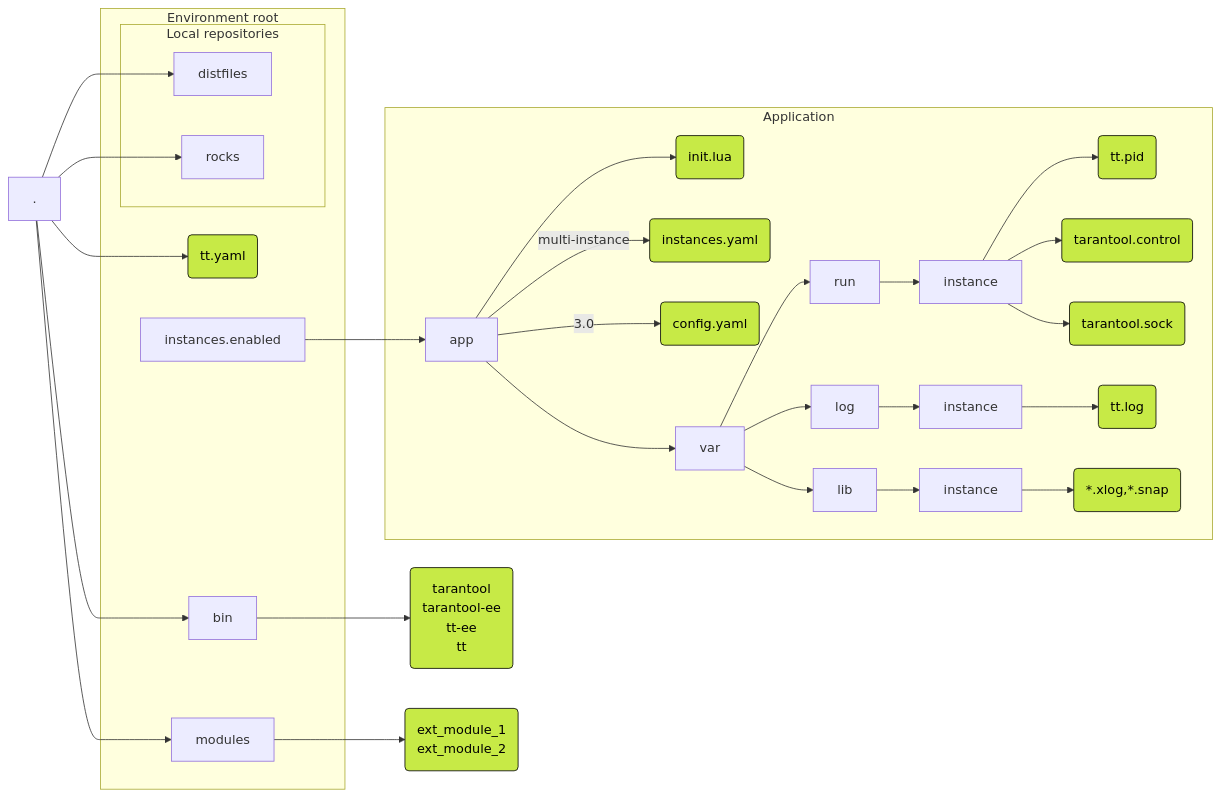
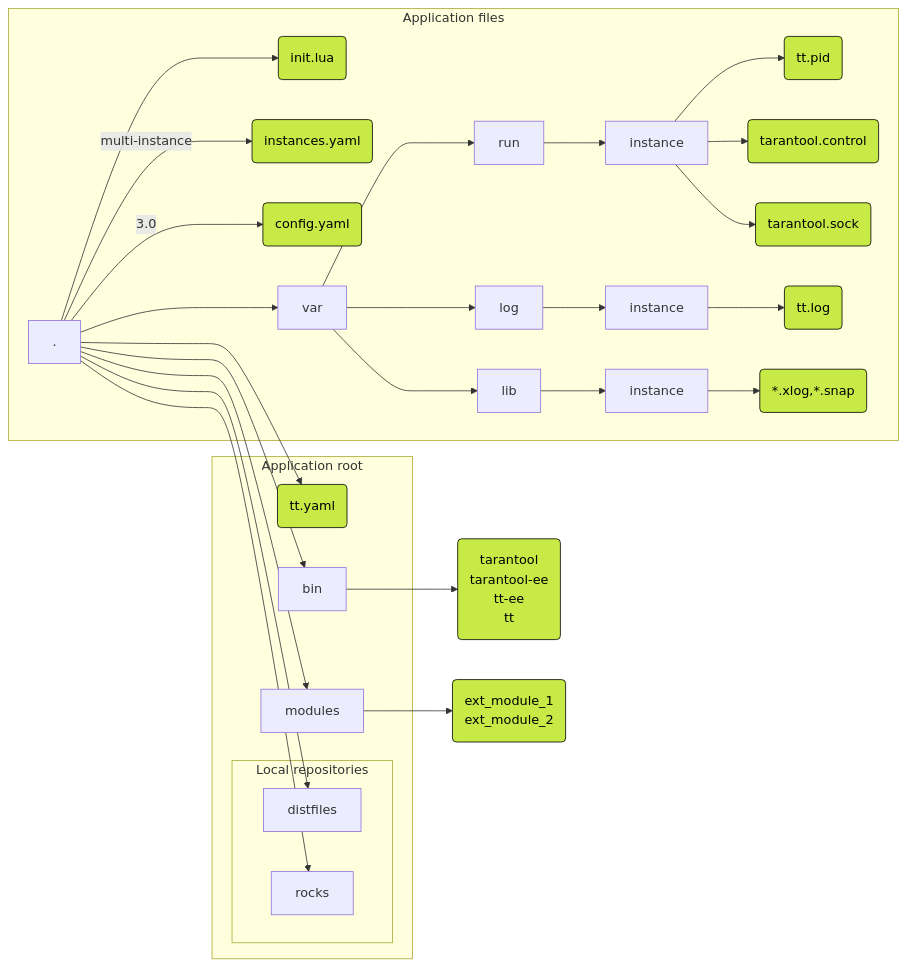
One commit to tarantool/tt changed the diagram in README.md. Above: the diagram before and after it, drawn with Mermaid. The commit also changed other lines of this file and 305 other files, not shown here.

First line of the commit message:
cli: remove instances.enabled application registry

````diff
--- a/README.md
+++ b/README.md
@@ -67,44 +67,41 @@
 ```mermaid
 graph LR
     %% Colors %%
     classDef lime fill:#C7EA46,stroke:#000,color:#000
 
-    subgraph dot[Environment root]
+    subgraph dot[Application root]
       config
       bin
       modules
       local_reps
-      inst_enabled[instances.enabled]
     end
     subgraph local_reps[Local repositories]
       dist[distfiles]
       rocks[rocks]
     end
-    subgraph app1_files[Application]
-        app_dir[app]
-        app_dir --> init(init.lua):::lime
-        app_dir --> |multi-instance|instances(instances.yaml):::lime
-        app_dir --> |3.0|cluster_config(config.yaml):::lime
-        app_dir --> var[var]
+    subgraph app1_files[Application files]
+        root --> init(init.lua):::lime
+        root --> |multi-instance|instances(instances.yaml):::lime
+        root --> |3.0|cluster_config(config.yaml):::lime
+        root --> var[var]
         var --> run[run] --> inst11[instance]
         inst11 --> pid1(tt.pid):::lime
         inst11 --> control1(tarantool.control):::lime
         inst11 --> binary1(tarantool.sock):::lime
 
         var --> log1[log] --> inst12[instance] --> logfile1(tt.log):::lime
 
         var --> lib1[lib] --> inst13[instance]--> xlogs1(*.xlog,*.snap):::lime
     end
 
     root[.] --> config(tt.yaml):::lime
 
     bin --> bin_dir(tarantool<br/>tarantool-ee<br/>tt-ee<br/>tt):::lime
     root --> bin[bin]
 
     modules --> modules_dir(ext_module_1<br/>ext_module_2):::lime
     root --> modules[modules]
 
     root --> dist
     root --> rocks
-    inst_enabled --> app_dir
 ```
````
